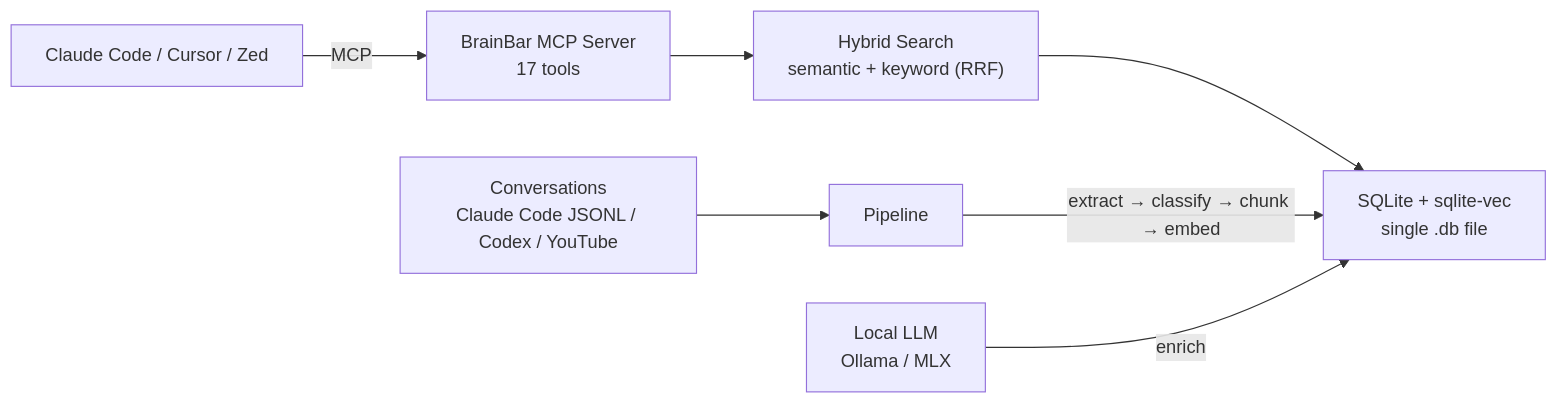
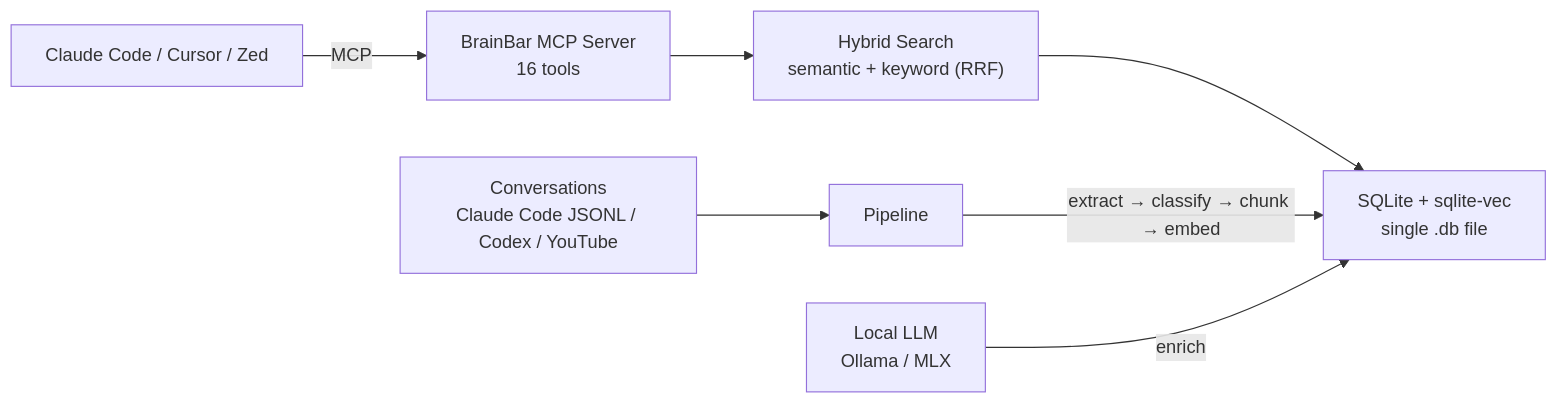
Before and after one commit to EtanHey/brainlayer: the diagram in docs/index.md, drawn with Mermaid. The commit also changed 9 other files, not shown here.

First line of the commit message:
fix(mcp): retire native brain_enrich producer

````diff
--- a/docs/index.md
+++ b/docs/index.md
@@ -54,10 +54,10 @@
 ```mermaid
 graph LR
-    A["Claude Code / Cursor / Zed"] -->|MCP| B["BrainBar MCP Server<br/>17 tools"]
+    A["Claude Code / Cursor / Zed"] -->|MCP| B["BrainBar MCP Server<br/>16 tools"]
     B --> C["Hybrid Search<br/>semantic + keyword (RRF)"]
     C --> D["SQLite + sqlite-vec<br/>single .db file"]
 
     E["Conversations<br/>Claude Code JSONL / Codex / YouTube"] --> F["Pipeline"]
     F -->|extract → classify → chunk → embed| D
     G["Local LLM<br/>Ollama / MLX"] -->|enrich| D
 ```
````
